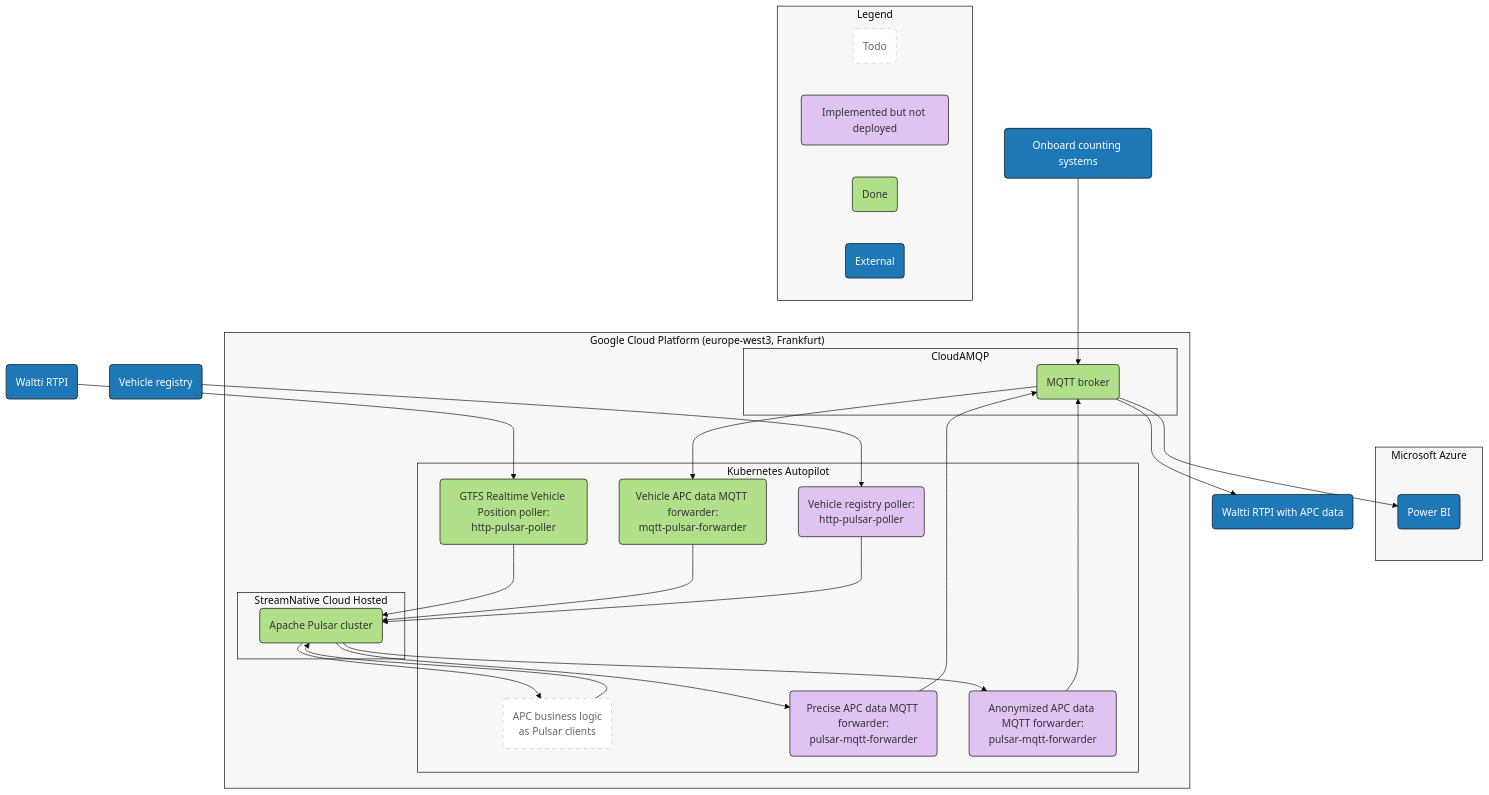
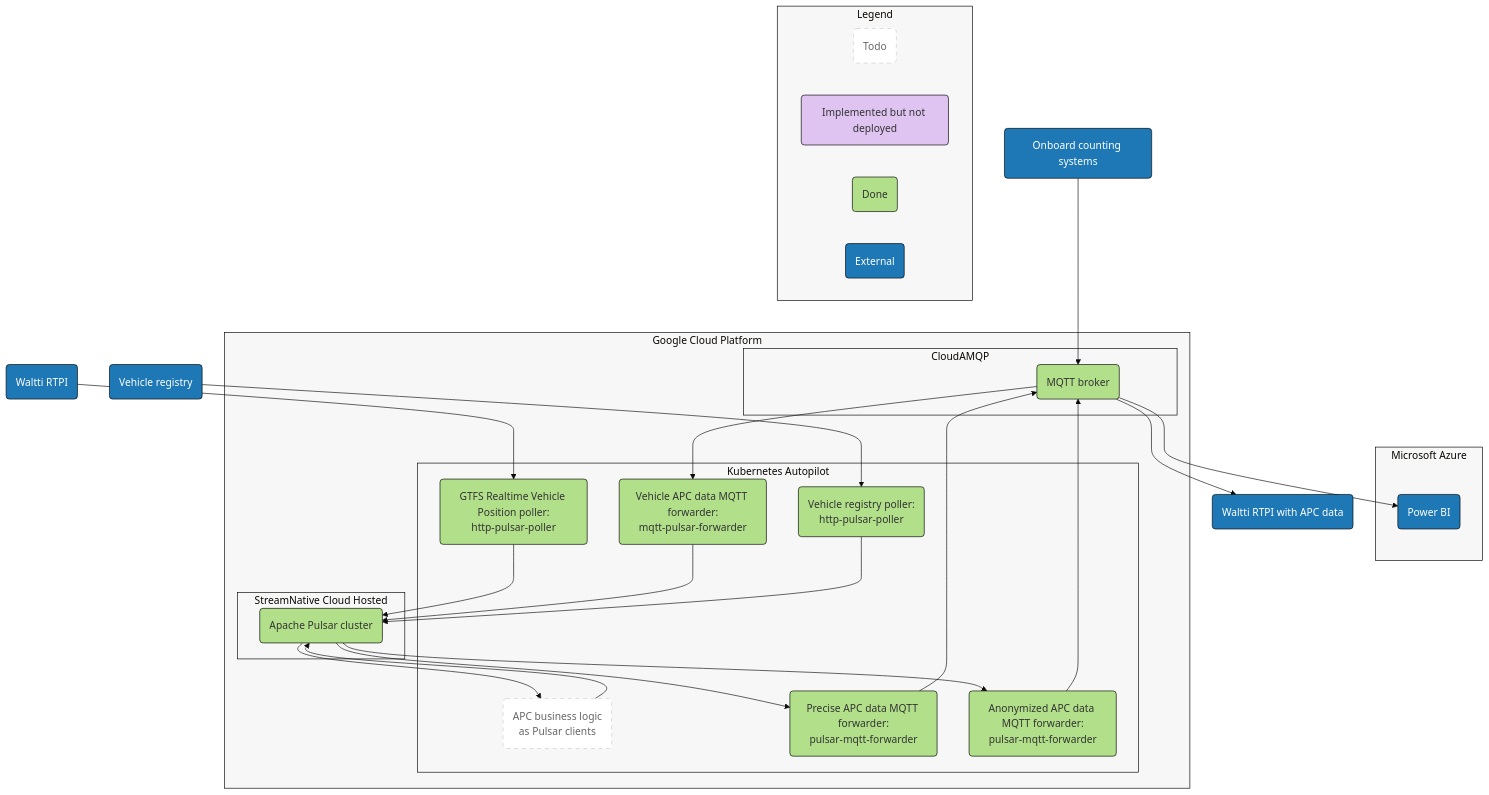
Before and after one commit to tvv-lippu-ja-maksujarjestelma-oy/waltti-apc: the first of 2 diagrams in README.md, drawn with Mermaid (base theme). The commit also changed other lines of this file, not shown here.

Commit message:
docs: Update diagrams

```diff
--- a/README.md
+++ b/README.md
@@ -20,7 +20,7 @@
   subgraph azure["Microsoft Azure"]
     powerbi("Power BI")
   end
-  subgraph gcp["Google Cloud Platform (europe-west3, Frankfurt)"]
+  subgraph gcp["Google Cloud Platform"]
     subgraph cloudamqp["CloudAMQP"]
       mqtt("MQTT broker")
     end
@@ -62,6 +62,9 @@
   class mqtt done
   class mqttpulsarforwarder done
   class pulsar done
+  class pulsarmqttforwardertopowerbi done
+  class pulsarmqttforwardertortpioutput done
+  class vehicleregistryapiuser done
 
   classDef env fill:#f7f7f7,stroke:#000
   class aws env
@@ -80,9 +83,6 @@
   class vehicleregistry external
 
   classDef implemented fill:#dfc4f2,stroke:#000
-  class pulsarmqttforwardertopowerbi implemented
-  class pulsarmqttforwardertortpioutput implemented
-  class vehicleregistryapiuser implemented
 
   classDef todo fill:#fff,stroke:#ccc,stroke-width:1px,color:#666,stroke-dasharray: 6 6
   class pulsarclients todo
```
